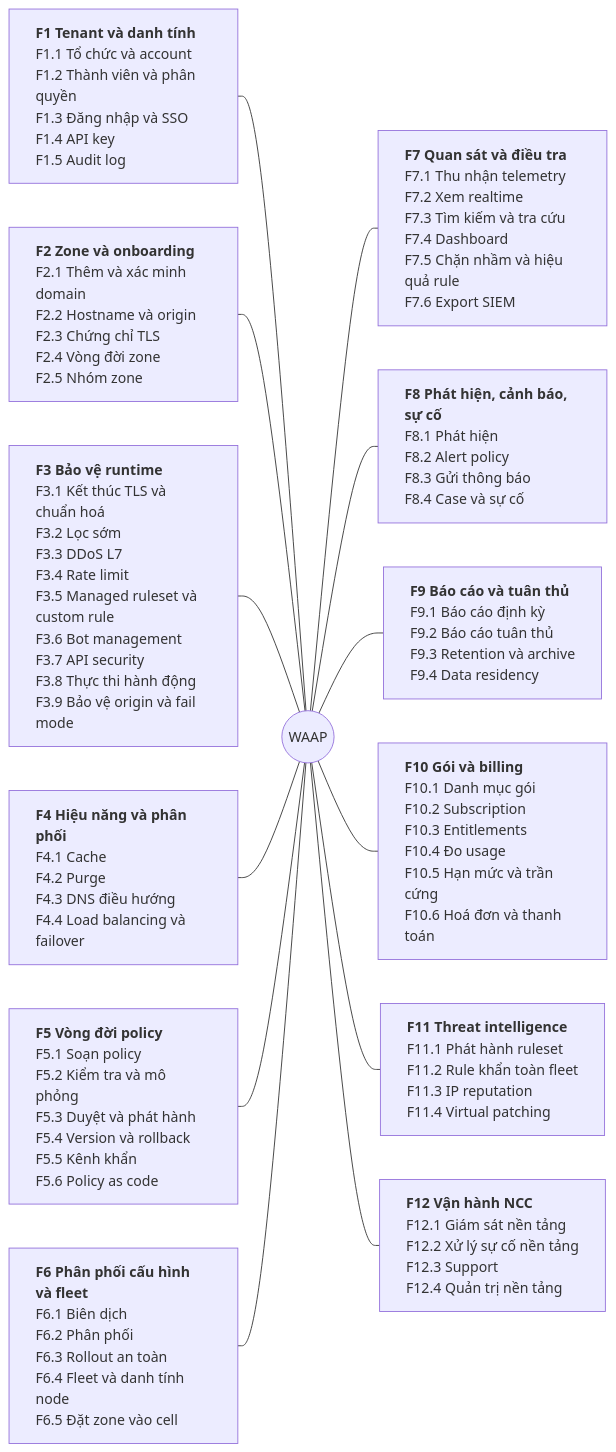
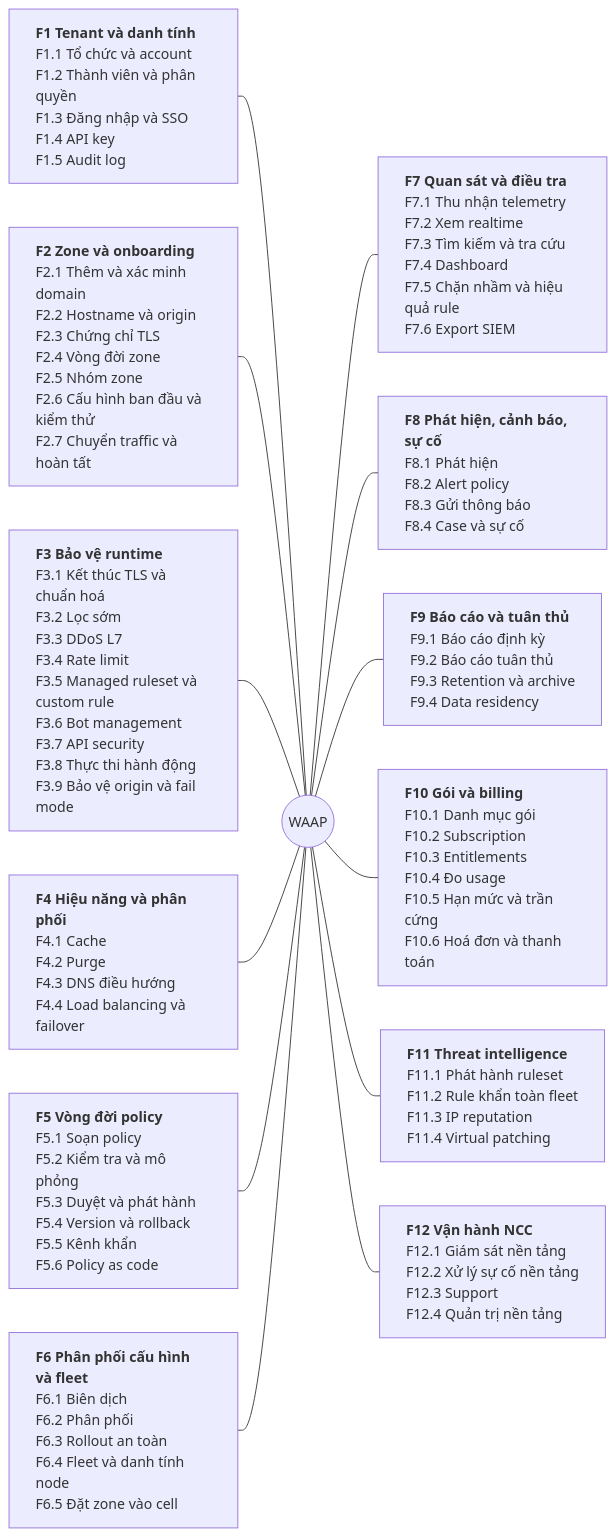
Before and after one commit to metap-org/metap-demo-waf: the first of 4 diagrams in docs/architecture/01-introduction/05-functional-decomposition.md, drawn with Mermaid. The commit also changed other lines of this file and 10 other files, not shown here.

First line of the commit message:
docs(architecture): provisional inter-plane contracts and onboarding business analysis

````diff
--- a/docs/architecture/01-introduction/05-functional-decomposition.md
+++ b/docs/architecture/01-introduction/05-functional-decomposition.md
@@ -33,40 +33,40 @@
 ```mermaid
 flowchart LR
     root(("WAAP"))
     g1["<b>F1 Tenant và danh tính</b><br/>F1.1 Tổ chức và account<br/>F1.2 Thành viên và phân quyền<br/>F1.3 Đăng nhập và SSO<br/>F1.4 API key<br/>F1.5 Audit log"]
-    g2["<b>F2 Zone và onboarding</b><br/>F2.1 Thêm và xác minh domain<br/>F2.2 Hostname và origin<br/>F2.3 Chứng chỉ TLS<br/>F2.4 Vòng đời zone<br/>F2.5 Nhóm zone"]
+    g2["<b>F2 Zone và onboarding</b><br/>F2.1 Thêm và xác minh domain<br/>F2.2 Hostname và origin<br/>F2.3 Chứng chỉ TLS<br/>F2.4 Vòng đời zone<br/>F2.5 Nhóm zone<br/>F2.6 Cấu hình ban đầu và kiểm thử<br/>F2.7 Chuyển traffic và hoàn tất"]
     g3["<b>F3 Bảo vệ runtime</b><br/>F3.1 Kết thúc TLS và chuẩn hoá<br/>F3.2 Lọc sớm<br/>F3.3 DDoS L7<br/>F3.4 Rate limit<br/>F3.5 Managed ruleset và custom rule<br/>F3.6 Bot management<br/>F3.7 API security<br/>F3.8 Thực thi hành động<br/>F3.9 Bảo vệ origin và fail mode"]
     g4["<b>F4 Hiệu năng và phân phối</b><br/>F4.1 Cache<br/>F4.2 Purge<br/>F4.3 DNS điều hướng<br/>F4.4 Load balancing và failover"]
     g5["<b>F5 Vòng đời policy</b><br/>F5.1 Soạn policy<br/>F5.2 Kiểm tra và mô phỏng<br/>F5.3 Duyệt và phát hành<br/>F5.4 Version và rollback<br/>F5.5 Kênh khẩn<br/>F5.6 Policy as code"]
     g6["<b>F6 Phân phối cấu hình và fleet</b><br/>F6.1 Biên dịch<br/>F6.2 Phân phối<br/>F6.3 Rollout an toàn<br/>F6.4 Fleet và danh tính node<br/>F6.5 Đặt zone vào cell"]
     g7["<b>F7 Quan sát và điều tra</b><br/>F7.1 Thu nhận telemetry<br/>F7.2 Xem realtime<br/>F7.3 Tìm kiếm và tra cứu<br/>F7.4 Dashboard<br/>F7.5 Chặn nhầm và hiệu quả rule<br/>F7.6 Export SIEM"]
     g8["<b>F8 Phát hiện, cảnh báo, sự cố</b><br/>F8.1 Phát hiện<br/>F8.2 Alert policy<br/>F8.3 Gửi thông báo<br/>F8.4 Case và sự cố"]
     g9["<b>F9 Báo cáo và tuân thủ</b><br/>F9.1 Báo cáo định kỳ<br/>F9.2 Báo cáo tuân thủ<br/>F9.3 Retention và archive<br/>F9.4 Data residency"]
     g10["<b>F10 Gói và billing</b><br/>F10.1 Danh mục gói<br/>F10.2 Subscription<br/>F10.3 Entitlements<br/>F10.4 Đo usage<br/>F10.5 Hạn mức và trần cứng<br/>F10.6 Hoá đơn và thanh toán"]
     g11["<b>F11 Threat intelligence</b><br/>F11.1 Phát hành ruleset<br/>F11.2 Rule khẩn toàn fleet<br/>F11.3 IP reputation<br/>F11.4 Virtual patching"]
     g12["<b>F12 Vận hành NCC</b><br/>F12.1 Giám sát nền tảng<br/>F12.2 Xử lý sự cố nền tảng<br/>F12.3 Support<br/>F12.4 Quản trị nền tảng"]
     g1 --- root
     g2 --- root
     g3 --- root
     g4 --- root
     g5 --- root
     g6 --- root
     root --- g7
     root --- g8
     root --- g9
     root --- g10
     root --- g11
     root --- g12
     style g1 text-align:left
     style g2 text-align:left
     style g3 text-align:left
     style g4 text-align:left
     style g5 text-align:left
     style g6 text-align:left
     style g7 text-align:left
     style g8 text-align:left
     style g9 text-align:left
     style g10 text-align:left
     style g11 text-align:left
     style g12 text-align:left
 ```
````
